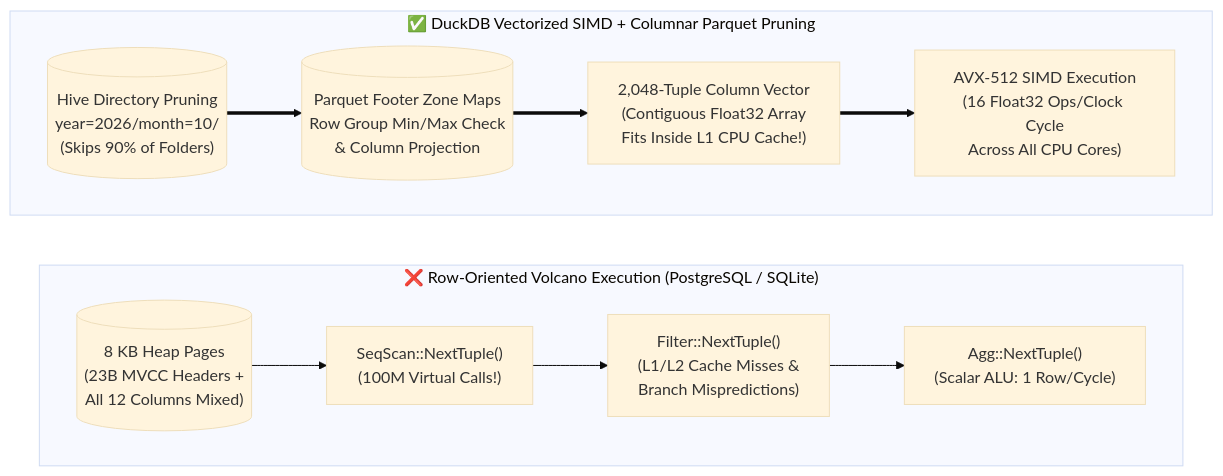
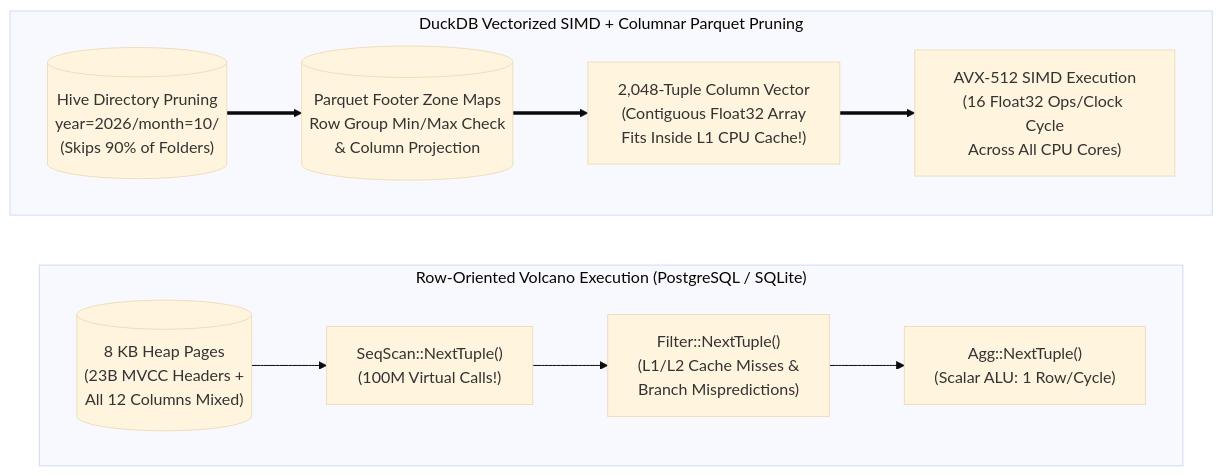
One commit to abdelouahabb/db-bootcamp changed the first of 3 diagrams in day5/day5_part1_olap_duckdb_parquet_and_gridded_data_coursebook.md. Above: the diagram before and after it, drawn with Mermaid (base theme). The commit also changed other lines of this file and 44 other files, not shown here.

````diff
--- a/day5/day5_part1_olap_duckdb_parquet_and_gridded_data_coursebook.md
+++ b/day5/day5_part1_olap_duckdb_parquet_and_gridded_data_coursebook.md
@@ -288,20 +288,20 @@
 ```mermaid
 flowchart LR
-    subgraph Volcano["❌ Row-Oriented Volcano Execution (PostgreSQL / SQLite)"]
+    subgraph Volcano["Row-Oriented Volcano Execution (PostgreSQL / SQLite)"]
         direction LR
         V_DISK[("8 KB Heap Pages\n(23B MVCC Headers +\nAll 12 Columns Mixed)")]
         V_SCAN["SeqScan::NextTuple()\n(100M Virtual Calls!)"]
         V_FILT["Filter::NextTuple()\n(L1/L2 Cache Misses &\nBranch Mispredictions)"]
         V_AGG["Agg::NextTuple()\n(Scalar ALU: 1 Row/Cycle)"]
         V_DISK --> V_SCAN --> V_FILT --> V_AGG
     end
 
-    subgraph Vectorized["✅ DuckDB Vectorized SIMD + Columnar Parquet Pruning"]
+    subgraph Vectorized["DuckDB Vectorized SIMD + Columnar Parquet Pruning"]
         direction LR
         P_HIVE[("Hive Directory Pruning\nyear=2026/month=10/\n(Skips 90% of Folders)")]
         P_ZONE[("Parquet Footer Zone Maps\nRow Group Min/Max Check\n& Column Projection")]
         P_VEC["2,048-Tuple Column Vector\n(Contiguous Float32 Array\nFits Inside L1 CPU Cache!)"]
         P_SIMD["AVX-512 SIMD Execution\n(16 Float32 Ops/Clock Cycle\nAcross All CPU Cores)"]
         P_HIVE ==> P_ZONE ==> P_VEC ==> P_SIMD
     end
 ```
````
